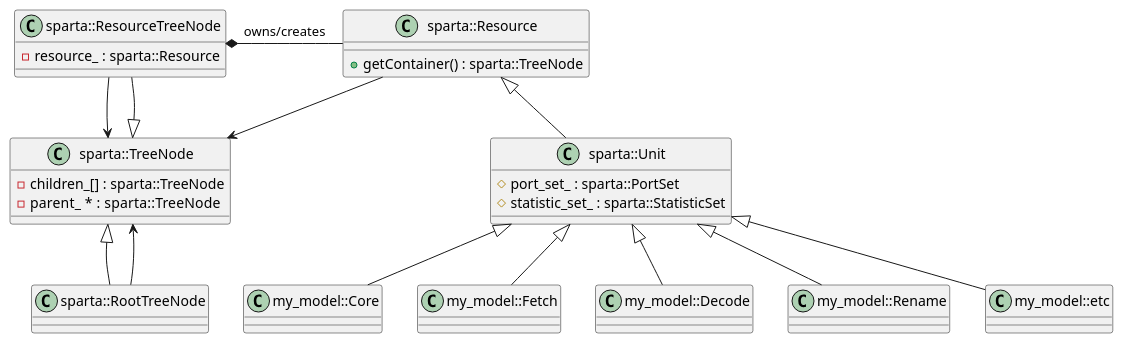
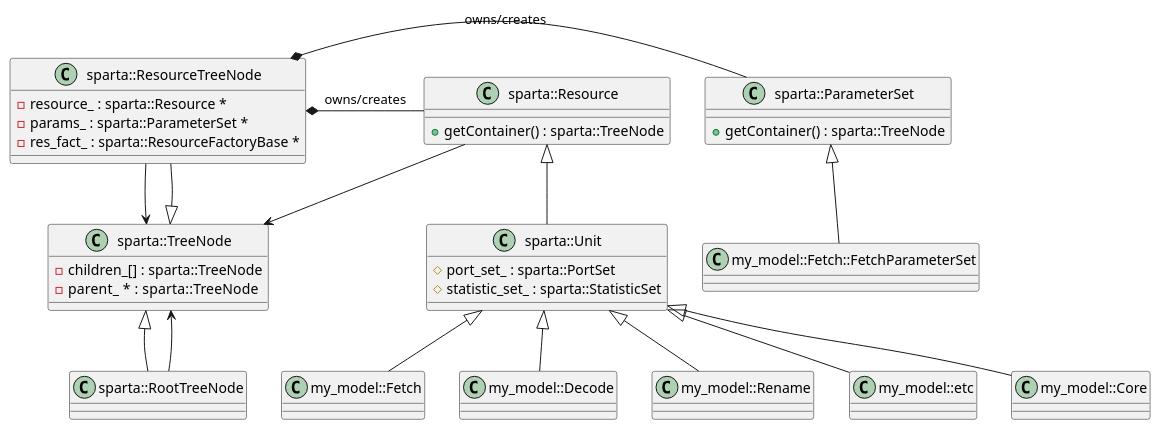
One commit to sparcians/map changed the second of 3 diagrams in sparta/doc/sparta_book/chapters/construction.adoc. Above: the diagram before and after it, drawn with PlantUML. The commit also changed other lines of this file and 11 other files, not shown here.

```diff
--- a/sparta/doc/sparta_book/chapters/construction.adoc
+++ b/sparta/doc/sparta_book/chapters/construction.adoc
@@ -95,44 +626,54 @@
 [plantuml,align="center"]
 ....
 @startuml
 class sparta::TreeNode {
  -children_[] : sparta::TreeNode
  -parent_ *  : sparta::TreeNode
 }
 class sparta::RootTreeNode
 class sparta::ResourceTreeNode {
- -resource_ : sparta::Resource
+ -resource_ : sparta::Resource *
+ -params_ : sparta::ParameterSet *
+ -res_fact_ : sparta::ResourceFactoryBase *
 }
 
 sparta::TreeNode <|-- sparta::RootTreeNode
 sparta::RootTreeNode --> sparta::TreeNode
 sparta::TreeNode <|-- sparta::ResourceTreeNode
 sparta::ResourceTreeNode --> sparta::TreeNode
 
 class sparta::Unit {
  #port_set_ : sparta::PortSet
  #statistic_set_ : sparta::StatisticSet
 }
 
 class sparta::Resource {
  +getContainer() : sparta::TreeNode
 }
+class sparta::ParameterSet {
+ +getContainer() : sparta::TreeNode
+}
 sparta::Resource --> sparta::TreeNode
 sparta::Resource <|-- sparta::Unit
 
 sparta::ResourceTreeNode *- sparta::Resource : owns/creates
+sparta::ResourceTreeNode *- sparta::ParameterSet : owns/creates
 
 class my_model::Core
 class my_model::Fetch
 class my_model::Decode
 class my_model::Rename
 class my_model::etc
 
+class my_model::Fetch::FetchParameterSet
+
 sparta::Unit <|-- my_model::Core
 sparta::Unit <|-- my_model::Fetch
 sparta::Unit <|-- my_model::Decode
 sparta::Unit <|-- my_model::Rename
 sparta::Unit <|-- my_model::etc
 
+sparta::ParameterSet <|-- my_model::Fetch::FetchParameterSet
+
 @enduml
 ....
```
